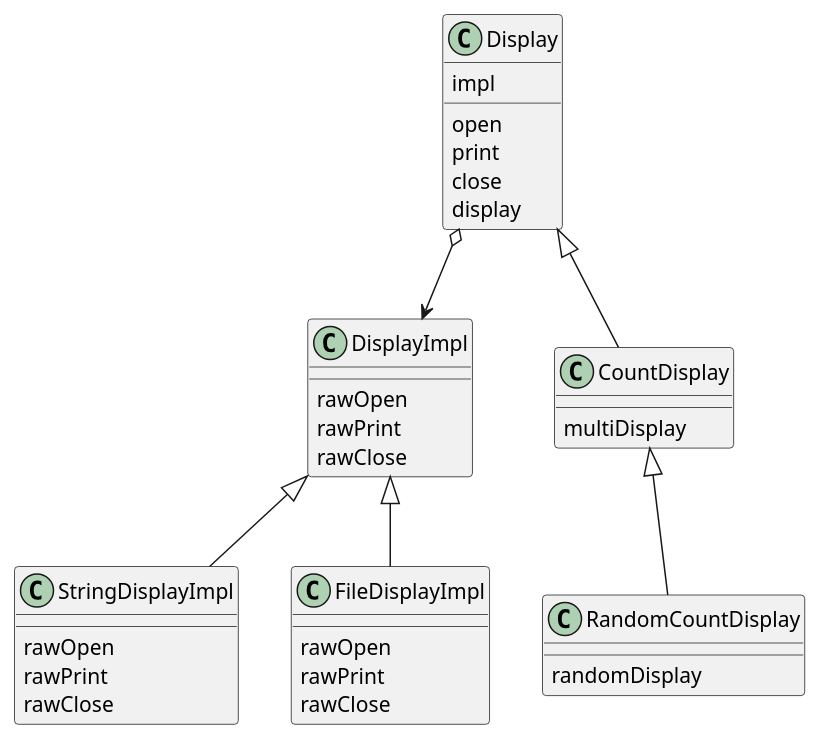
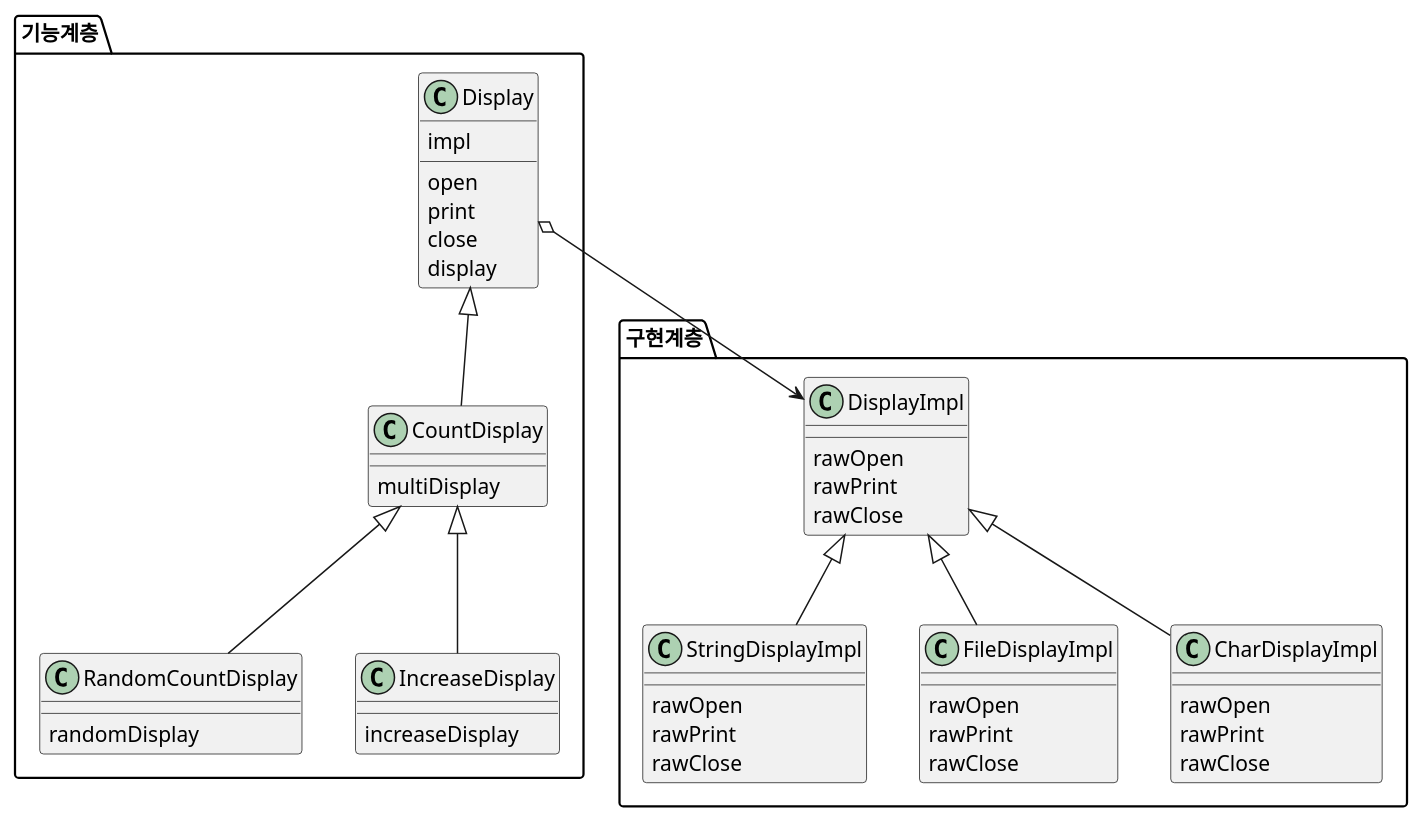
Before and after one commit to hanbee1005/basic-design-pattern: the diagram in resources/puml/chapter09.puml, drawn with PlantUML. The commit also changed 3 other files, not shown here.

```diff
--- a/resources/puml/chapter09.puml
+++ b/resources/puml/chapter09.puml
@@ -1,45 +1,61 @@
 @startuml
 
-class Display {
-    impl
-    {method} open
-    {method} print
-    {method} close
-    {method} display
+package 기능계층 {
+    class Display {
+        impl
+        {method} open
+        {method} print
+        {method} close
+        {method} display
+    }
+
+    class CountDisplay {
+        {method} multiDisplay
+    }
+
+    class RandomCountDisplay {
+        {method} randomDisplay
+    }
+
+    class IncreaseDisplay {
+        {method} increaseDisplay
+    }
 }
 
-class DisplayImpl {
-    {method} rawOpen
-    {method} rawPrint
-    {method} rawClose
-}
+package 구현계층 {
+    class DisplayImpl {
+        {method} rawOpen
+        {method} rawPrint
+        {method} rawClose
+    }
 
-class CountDisplay {
-    {method} multiDisplay
-}
+    class StringDisplayImpl {
+        {method} rawOpen
+        {method} rawPrint
+        {method} rawClose
+    }
 
-class RandomCountDisplay {
-    {method} randomDisplay
-}
+    class FileDisplayImpl {
+        {method} rawOpen
+        {method} rawPrint
+        {method} rawClose
+    }
 
-class StringDisplayImpl {
-    {method} rawOpen
-    {method} rawPrint
-    {method} rawClose
-}
-
-class FileDisplayImpl {
-    {method} rawOpen
-    {method} rawPrint
-    {method} rawClose
+    class CharDisplayImpl {
+        {method} rawOpen
+        {method} rawPrint
+        {method} rawClose
+    }
 }
 
 Display o--> DisplayImpl
 
 Display <|-- CountDisplay
 CountDisplay <|-- RandomCountDisplay
+CountDisplay <|-- IncreaseDisplay
 
 DisplayImpl <|-- StringDisplayImpl
 DisplayImpl <|-- FileDisplayImpl
+DisplayImpl <|-- CharDisplayImpl
 
 @enduml
```
